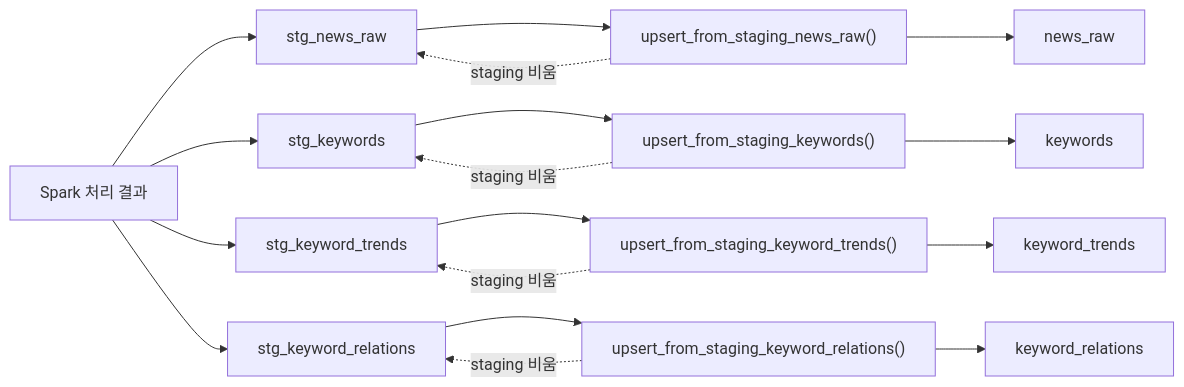
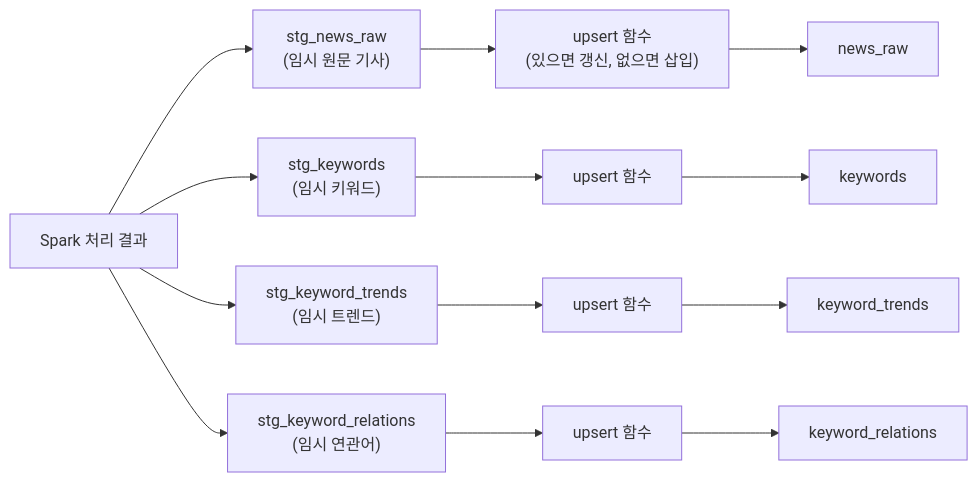
Before and after one commit to yeongmin-yu/news-trend-pipeline-dev: the fourth of 5 diagrams in README.md, drawn with Mermaid. The commit also changed other lines of this file and 25 other files, not shown here.

````diff
--- a/README.md
+++ b/README.md
@@ -199,22 +147,17 @@
 ```mermaid
 flowchart LR
-    A["Spark 처리 결과"] --> B1["stg_news_raw"]
-    A --> B2["stg_keywords"]
-    A --> B3["stg_keyword_trends"]
-    A --> B4["stg_keyword_relations"]
+    A["Spark 처리 결과"] --> B1["stg_news_raw<br/>(임시 원문 기사)"]
+    A --> B2["stg_keywords<br/>(임시 키워드)"]
+    A --> B3["stg_keyword_trends<br/>(임시 트렌드)"]
+    A --> B4["stg_keyword_relations<br/>(임시 연관어)"]
 
-    B1 --> C1["upsert_from_staging_news_raw()"]
-    B2 --> C2["upsert_from_staging_keywords()"]
-    B3 --> C3["upsert_from_staging_keyword_trends()"]
-    B4 --> C4["upsert_from_staging_keyword_relations()"]
+    B1 --> C1["upsert 함수<br/>(있으면 갱신, 없으면 삽입)"]
+    B2 --> C2["upsert 함수"]
+    B3 --> C3["upsert 함수"]
+    B4 --> C4["upsert 함수"]
 
     C1 --> D1["news_raw"]
     C2 --> D2["keywords"]
     C3 --> D3["keyword_trends"]
     C4 --> D4["keyword_relations"]
-
-    C1 -. staging 비움 .-> B1
-    C2 -. staging 비움 .-> B2
-    C3 -. staging 비움 .-> B3
-    C4 -. staging 비움 .-> B4
 ```
````
